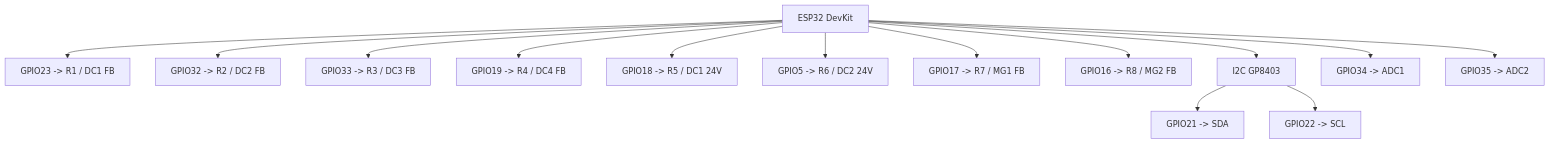
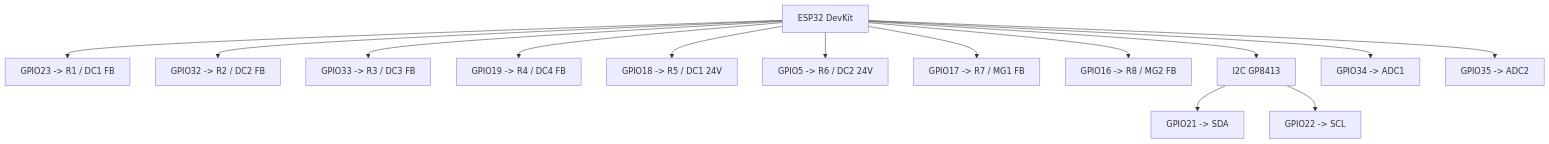
One commit to Canditos/WELDEDSID_DASHBOARD changed the diagram in docs/wiring.md. Above: the diagram before and after it, drawn with Mermaid. The commit also changed other lines of this file and 9 other files, not shown here.

````diff
--- a/docs/wiring.md
+++ b/docs/wiring.md
@@ -7,17 +7,17 @@
 ```mermaid
 flowchart TB
     ESP["ESP32 DevKit"]
     ESP --> R1["GPIO23 -> R1 / DC1 FB"]
     ESP --> R2["GPIO32 -> R2 / DC2 FB"]
     ESP --> R3["GPIO33 -> R3 / DC3 FB"]
     ESP --> R4["GPIO19 -> R4 / DC4 FB"]
     ESP --> R5["GPIO18 -> R5 / DC1 24V"]
     ESP --> R6["GPIO5 -> R6 / DC2 24V"]
     ESP --> R7["GPIO17 -> R7 / MG1 FB"]
     ESP --> R8["GPIO16 -> R8 / MG2 FB"]
-    ESP --> I2C["I2C GP8403"]
+    ESP --> I2C["I2C GP8413"]
     I2C --> SDA["GPIO21 -> SDA"]
     I2C --> SCL["GPIO22 -> SCL"]
     ESP --> ADC1["GPIO34 -> ADC1"]
     ESP --> ADC2["GPIO35 -> ADC2"]
 ```
````
